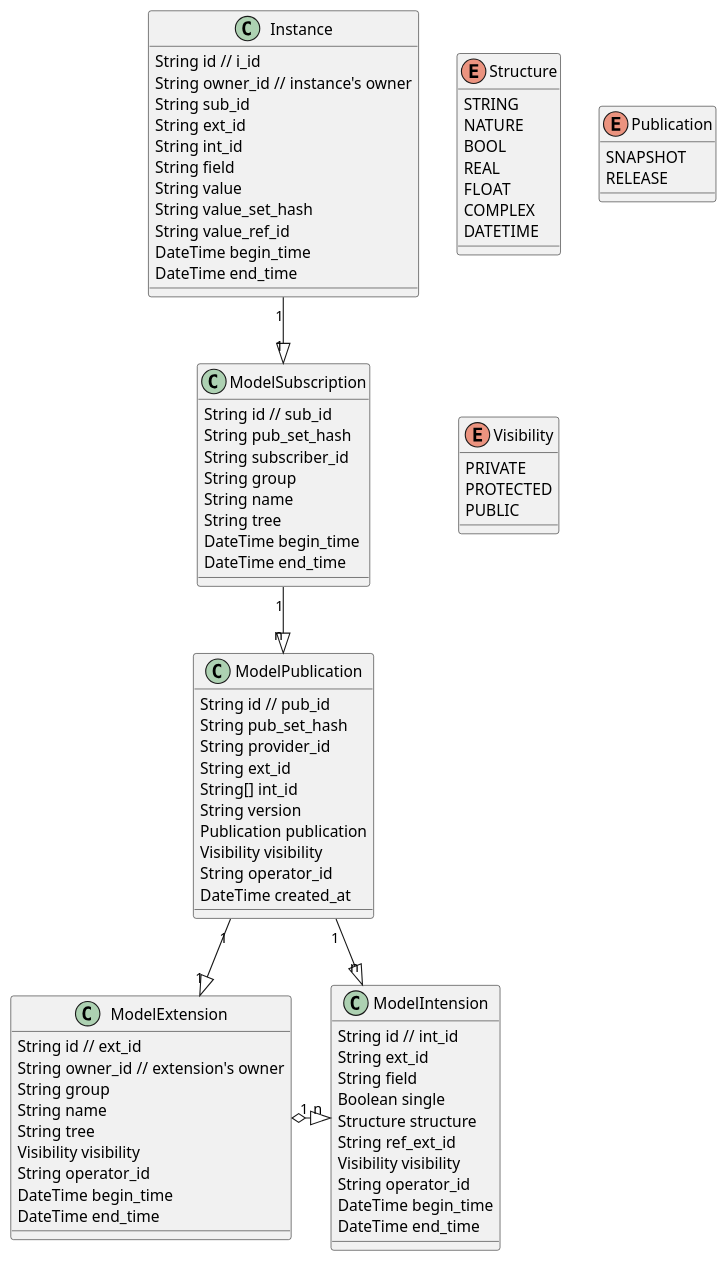
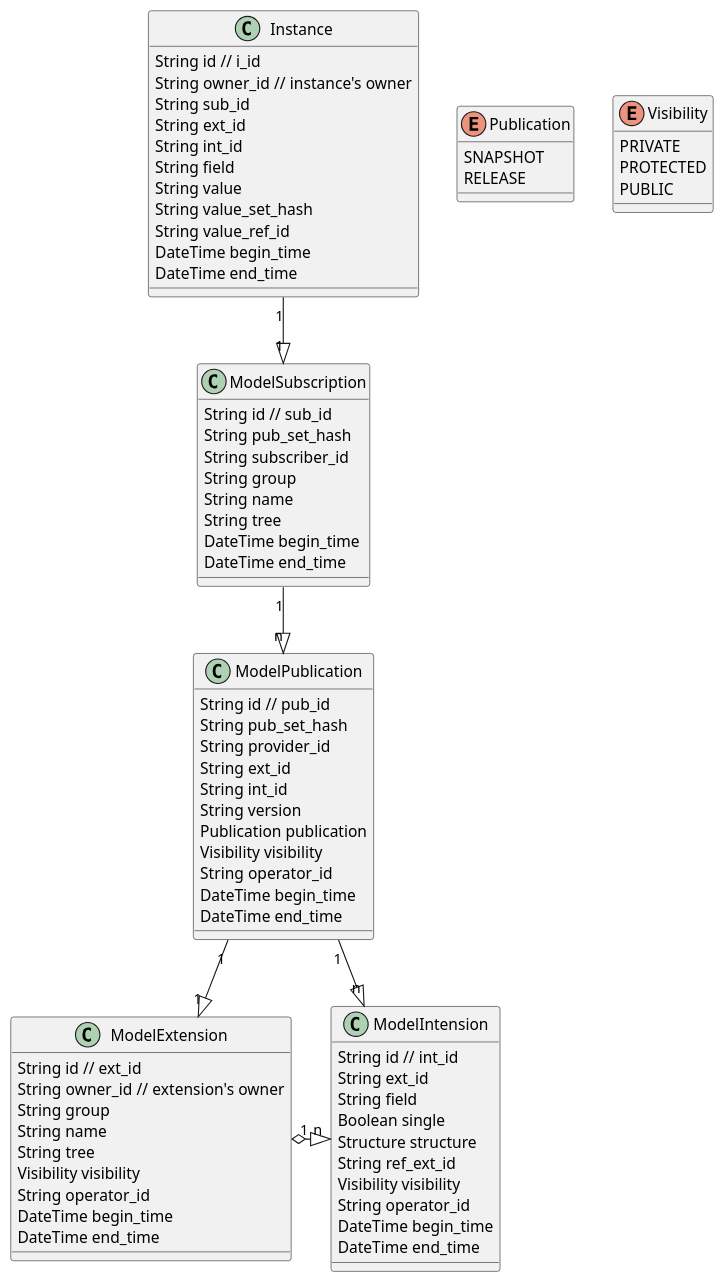
Before and after one commit to SINeWang/kiimate: the diagram in metamate.puml, drawn with PlantUML. The commit also changed 5 other files, not shown here.

```diff
--- a/metamate.puml
+++ b/metamate.puml
@@ -1,109 +1,100 @@
 @startuml
 
 
 ModelSubscription "1" --|>  "n" ModelPublication
 
 ModelPublication "1" --|>  "1" ModelExtension
 ModelPublication "1" --|>  "n" ModelIntension
 
 Instance "1" --|>  "1" ModelSubscription
 
 'Instance "1" --|>  "n" InstanceTag
 
 
 ModelExtension "1" o--right--|> "n" ModelIntension
 
 class ModelExtension {
     String id // ext_id
     String owner_id // extension's owner
     String group
     String name
     String tree
     Visibility visibility
     String operator_id
     DateTime begin_time
     DateTime end_time
 }
 
 class ModelIntension {
     String id // int_id
     String ext_id
     String field
     Boolean single
     Structure structure
     String ref_ext_id
     Visibility visibility
     String operator_id
     DateTime begin_time
     DateTime end_time
 }
 
 class ModelPublication {
     String id // pub_id
     String pub_set_hash
     String provider_id
     String ext_id
-    String[] int_id
+    String int_id
     String version
     Publication publication
     Visibility visibility
     String operator_id
-    DateTime created_at
+    DateTime begin_time
+    DateTime end_time
 }
 
 class ModelSubscription {
     String id // sub_id
     String pub_set_hash
     String subscriber_id
     String group
     String name
     String tree
     DateTime begin_time
     DateTime end_time
-}
-
-enum Structure {
-    STRING
-    NATURE
-    BOOL
-    REAL
-    FLOAT
-    COMPLEX
-    DATETIME
 }
 
 enum Publication {
     SNAPSHOT
     RELEASE
 }
 
 enum Visibility {
     PRIVATE
     PROTECTED
     PUBLIC
 }
 
 class Instance {
     String id // i_id
     String owner_id // instance's owner
     String sub_id
     String ext_id
     String int_id
     String field
     String value
     String value_set_hash
     String value_ref_id
     DateTime begin_time
     DateTime end_time
 }
 
 'class InstanceTag {
 '    String id // i_tag_id
 '    String owner_id // instance's owner
 '    String[] i_id
 '    Publication publication
 '    DateTime created_at
 '    Visibility visibility
 '}
 
 @enduml
```
